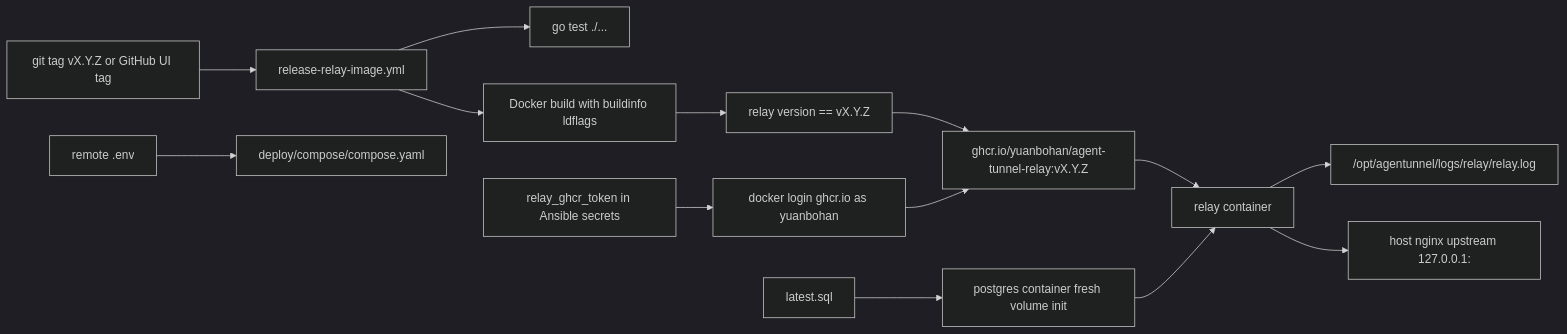
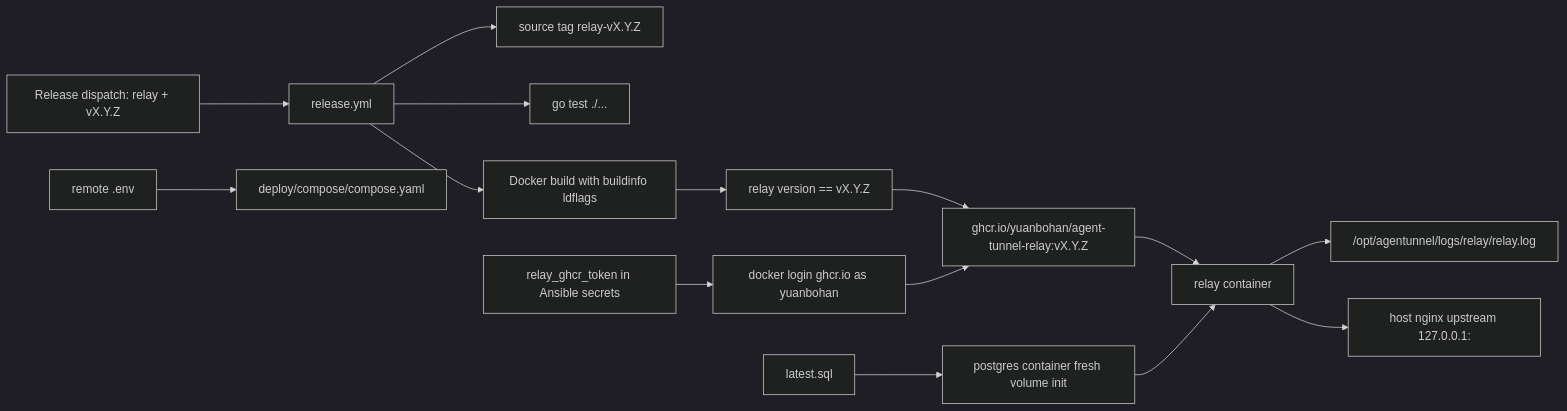
One commit to yuanbohan/agent-tunnel changed the diagram in docs/plans/2026-04-22-002-feat-relay-docker-deployment-plan.md. Above: the diagram before and after it, drawn with Mermaid (dark theme). The commit also changed other lines of this file and 23 other files, not shown here.

Commit message:
refactor(release): disambiguate tunnel and relay releases (#77)

````diff
--- a/docs/plans/2026-04-22-002-feat-relay-docker-deployment-plan.md
+++ b/docs/plans/2026-04-22-002-feat-relay-docker-deployment-plan.md
@@ -149,17 +151,18 @@
 ```mermaid
 flowchart LR
-    Tag["git tag vX.Y.Z or GitHub UI tag"] --> Workflow["release-relay-image.yml"]
+    Dispatch["Release dispatch: relay + vX.Y.Z"] --> Workflow["release.yml"]
+    Workflow --> SourceTag["source tag relay-vX.Y.Z"]
     Workflow --> Test["go test ./..."]
     Workflow --> Build["Docker build with buildinfo ldflags"]
     Build --> Verify["relay version == vX.Y.Z"]
     Verify --> GHCR["ghcr.io/yuanbohan/agent-tunnel-relay:vX.Y.Z"]
 
     Env["remote .env"] --> Compose["deploy/compose/compose.yaml"]
     Token["relay_ghcr_token in Ansible secrets"] --> Login["docker login ghcr.io as yuanbohan"]
     Login --> GHCR
     Snapshot["latest.sql"] --> Postgres["postgres container fresh volume init"]
     GHCR --> Relay["relay container"]
     Postgres --> Relay
     Relay --> Logs["/opt/agentunnel/logs/relay/relay.log"]
     Relay --> Nginx["host nginx upstream 127.0.0.1:<port>"]
 ```
````
